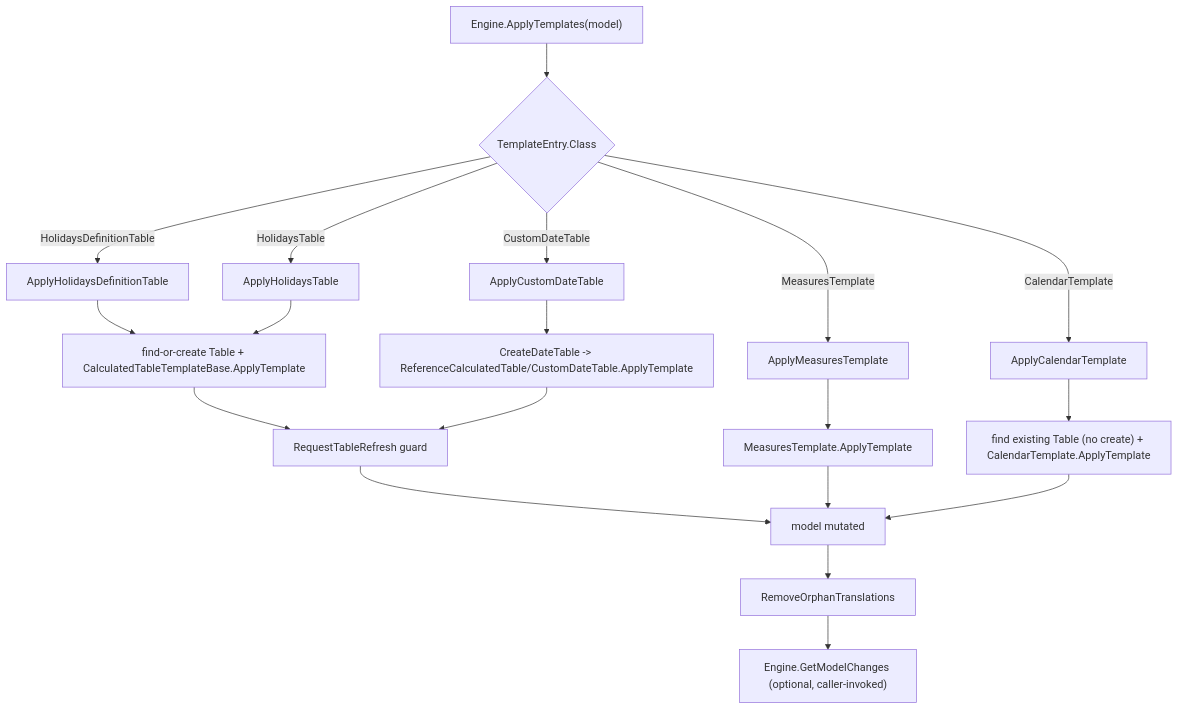
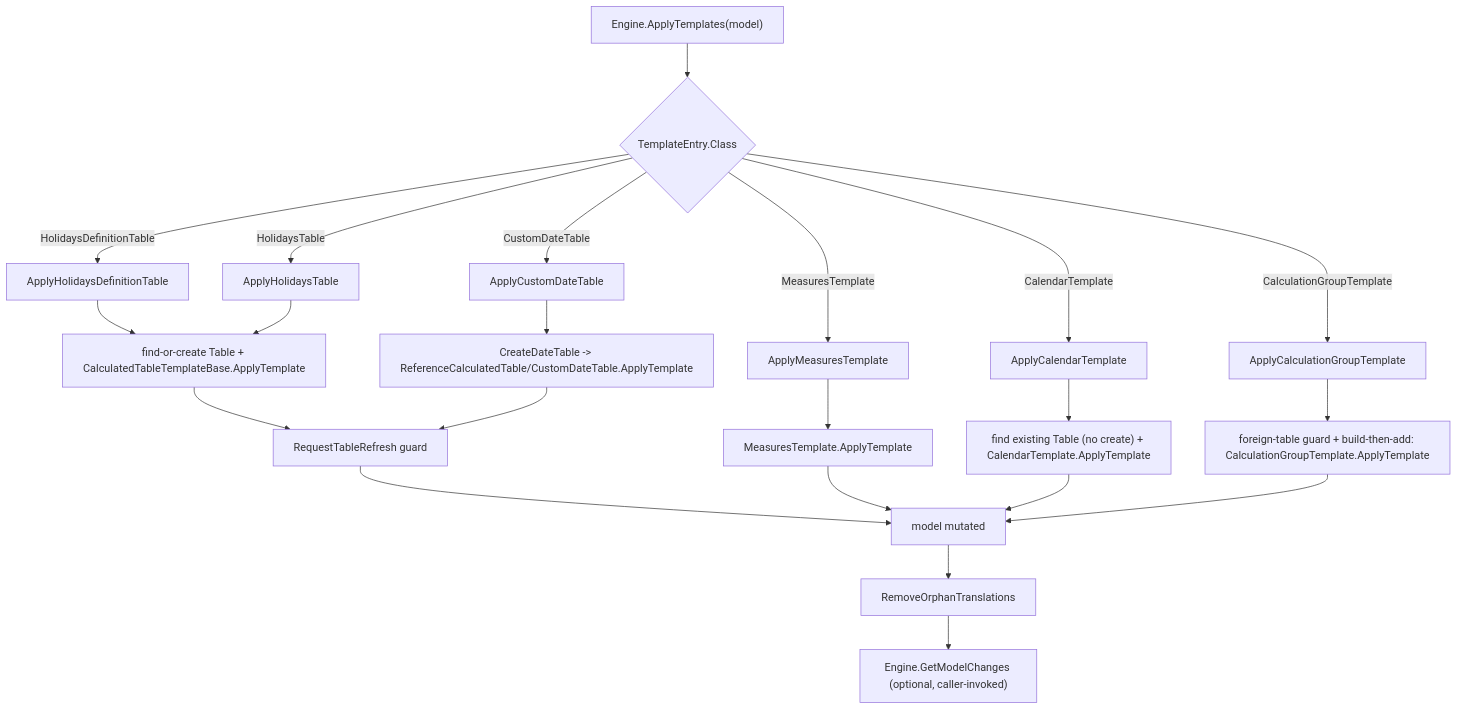
The diagram in docs/design/apply-templates-lifecycle.md (sql-bi/DaxTemplate), drawn with Mermaid before and after one commit. The commit also changed other lines of this file and 16 other files, not shown here.

````diff
--- a/docs/design/apply-templates-lifecycle.md
+++ b/docs/design/apply-templates-lifecycle.md
@@ -24,21 +25,24 @@
 ```mermaid
 flowchart TD
     A["Engine.ApplyTemplates(model)"] --> B{"TemplateEntry.Class"}
     B -->|HolidaysDefinitionTable| C[ApplyHolidaysDefinitionTable]
     B -->|HolidaysTable| D[ApplyHolidaysTable]
     B -->|CustomDateTable| E[ApplyCustomDateTable]
     B -->|MeasuresTemplate| F[ApplyMeasuresTemplate]
     B -->|CalendarTemplate| N[ApplyCalendarTemplate]
+    B -->|CalculationGroupTemplate| P[ApplyCalculationGroupTemplate]
     C --> G["find-or-create Table + CalculatedTableTemplateBase.ApplyTemplate"]
     D --> G
     E --> H["CreateDateTable -> ReferenceCalculatedTable/CustomDateTable.ApplyTemplate"]
     G --> I[RequestTableRefresh guard]
     H --> I
     F --> J["MeasuresTemplate.ApplyTemplate"]
     N --> O["find existing Table (no create) + CalendarTemplate.ApplyTemplate"]
+    P --> Q["foreign-table guard + build-then-add: CalculationGroupTemplate.ApplyTemplate"]
     I --> K[model mutated]
     J --> K
     O --> K
+    Q --> K
     K --> L[RemoveOrphanTranslations]
     L --> M["Engine.GetModelChanges (optional, caller-invoked)"]
 ```
````
